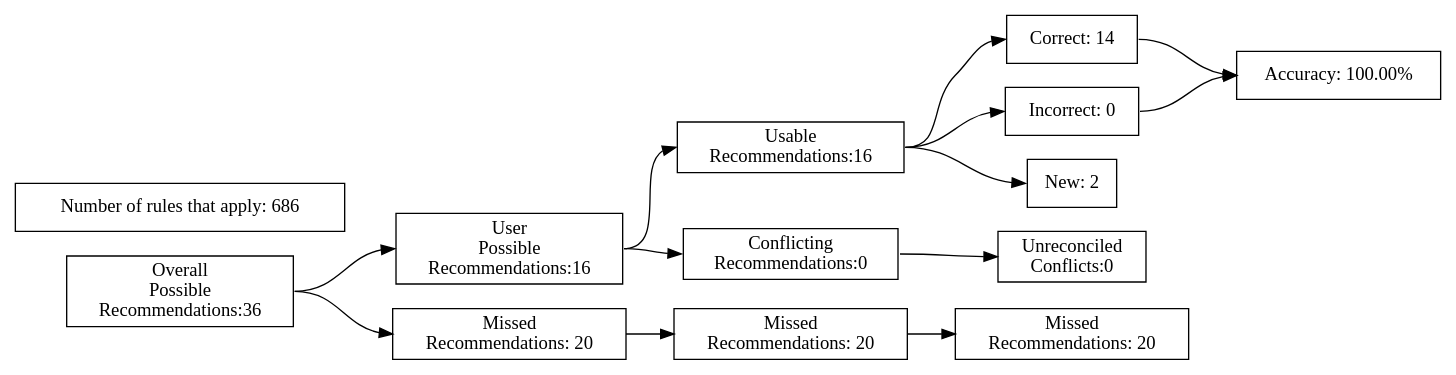
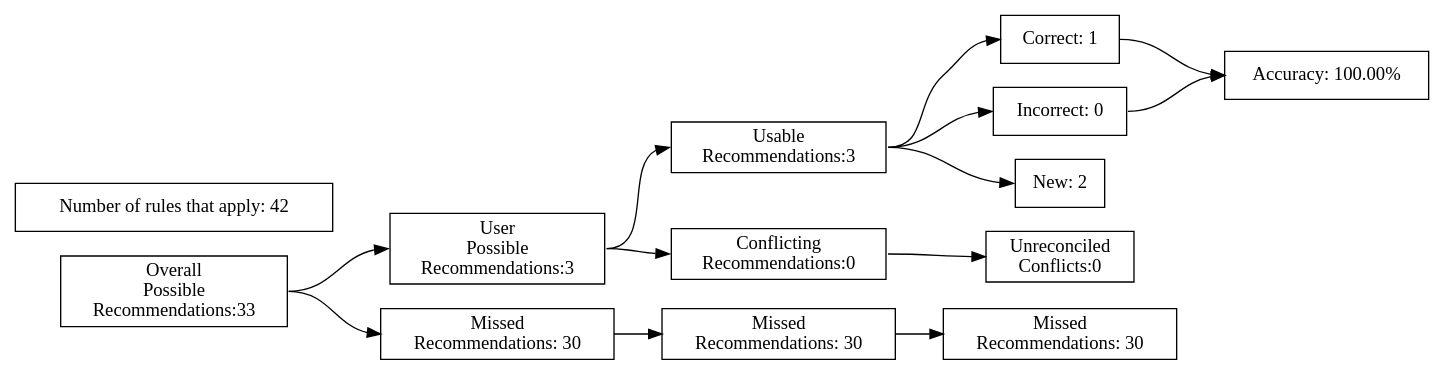
One commit to ZaxR/ibd_diet_analysis changed the diagram in test_renders/114.gv. Above: the diagram before and after it, drawn with Graphviz. The commit also changed 228 other files, not shown here.

```diff
--- a/test_renders/114.gv
+++ b/test_renders/114.gv
@@ -1,40 +1,40 @@
 digraph {
 	graph [rankdir=LR]
 	node [pos=r shape=box]
 	edge [headport=w tailport=e]
 		A [label="Overall
 Possible
-Recommendations:36"]
+Recommendations:33"]
 		B [label="User
 Possible
-Recommendations:16"]
+Recommendations:3"]
 		C [label="Missed
-Recommendations: 20"]
+Recommendations: 30"]
 		D [label="Usable
-Recommendations:16"]
+Recommendations:3"]
 		E [label="Conflicting
 Recommendations:0"]
 		J [label="Missed
-Recommendations: 20"]
+Recommendations: 30"]
 		M [label="Unreconciled
 Conflicts:0"]
-		F [label="Correct: 14"]
+		F [label="Correct: 1"]
 		G [label="Incorrect: 0"]
 		H [label="New: 2"]
 		K [label="Missed
-Recommendations: 20"]
+Recommendations: 30"]
 		I [label="Accuracy: 100.00%"]
-		l [label="Number of rules that apply: 686"]
+		l [label="Number of rules that apply: 42"]
 			A -> B
 			A -> C
 			B -> D
 			B -> E
 			D -> F
 			D -> G
 			D -> H
 			F -> I
 			G -> I
 			C -> J
 			J -> K
 			E -> M
 }
```
